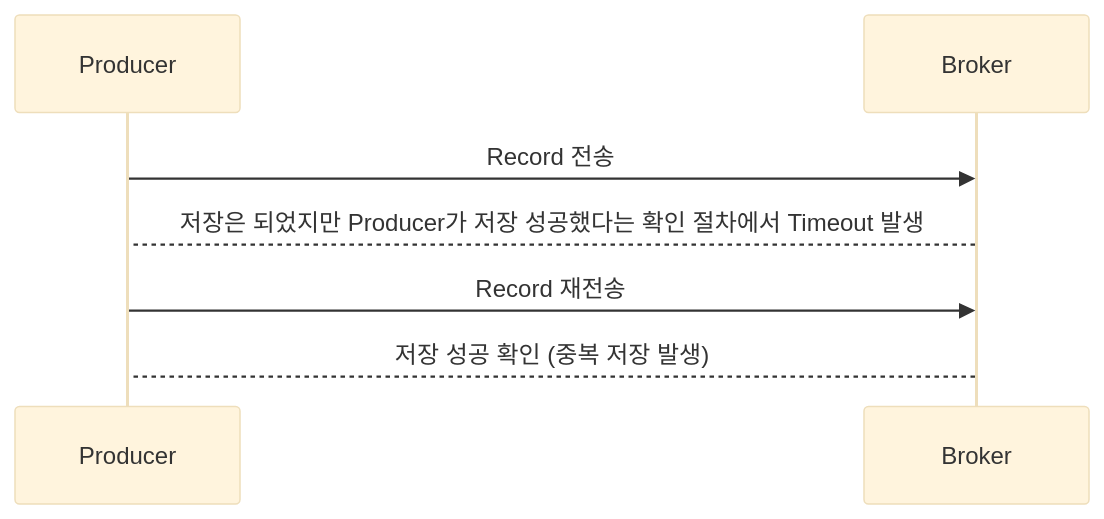
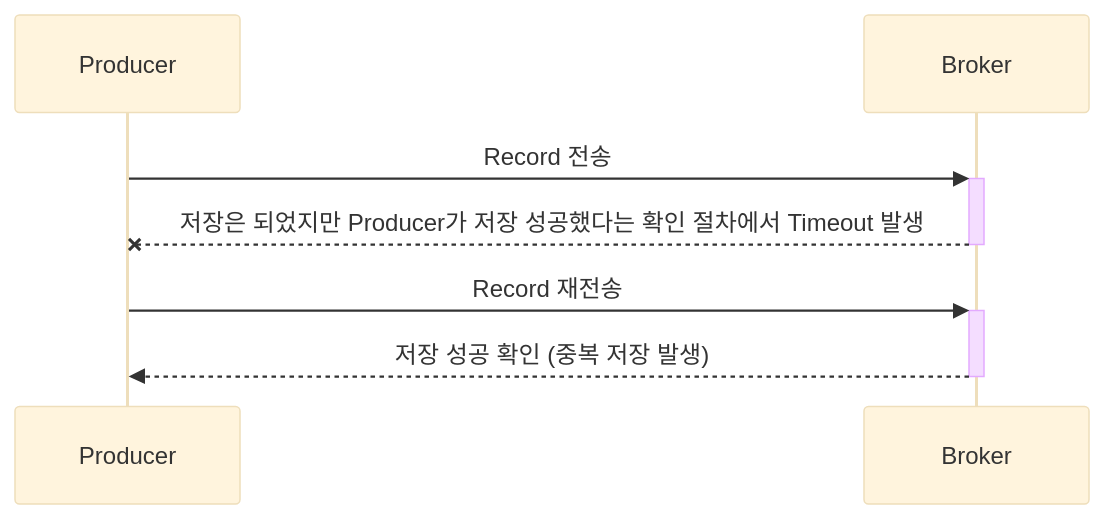
The second of 2 diagrams in _posts/2023-07-17-Kafka 프로듀서(producer)(3).md (KwakTaeMin/KwakTaeMin.github.io), drawn with Mermaid (base theme) before and after one commit.

Commit message:
카프카 프로듀서 포스팅

```diff
--- a/_posts/2023-07-17-Kafka 프로듀서(producer)(3).md
+++ b/_posts/2023-07-17-Kafka 프로듀서(producer)(3).md
@@ -77,7 +77,7 @@
 <div class="mermaid"> 
 sequenceDiagram
-  Producer->>Broker: Record 전송
-  Broker-->Producer: 저장은 되었지만 Producer가 저장 성공했다는 확인 절차에서 Timeout 발생
-  Producer->>Broker: Record 재전송
-  Broker-->Producer: 저장 성공 확인 (중복 저장 발생)
+  Producer->>+Broker: Record 전송
+  Broker--x-Producer: 저장은 되었지만 Producer가 저장 성공했다는 확인 절차에서 Timeout 발생
+  Producer->>+Broker: Record 재전송
+  Broker-->>-Producer: 저장 성공 확인 (중복 저장 발생)
 </div> 
```
